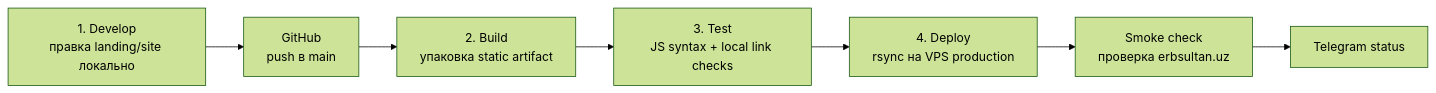
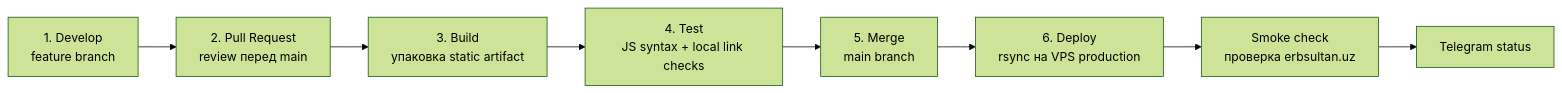
Before and after one commit to erbsultan/erbols-homelab: the second of 2 diagrams in README_rus.md, drawn with Mermaid (forest theme). The commit also changed other lines of this file and 5 other files, not shown here.

Commit message:
Add PR checks for landing pipeline

````diff
--- a/README_rus.md
+++ b/README_rus.md
@@ -77,9 +77,10 @@
 ```mermaid
 flowchart LR
-    dev["1. Develop<br/>правка landing/site локально"] --> github["GitHub<br/>push в main"]
-    github --> build["2. Build<br/>упаковка static artifact"]
-    build --> test["3. Test<br/>JS syntax + local link checks"]
-    test --> deploy["4. Deploy<br/>rsync на VPS production"]
+    branch["1. Develop<br/>feature branch"] --> pr["2. Pull Request<br/>review перед main"]
+    pr --> build["3. Build<br/>упаковка static artifact"]
+    build --> test["4. Test<br/>JS syntax + local link checks"]
+    test --> merge["5. Merge<br/>main branch"]
+    merge --> deploy["6. Deploy<br/>rsync на VPS production"]
     deploy --> smoke["Smoke check<br/>проверка erbsultan.uz"]
     smoke --> notify["Telegram status"]
 ```
````
